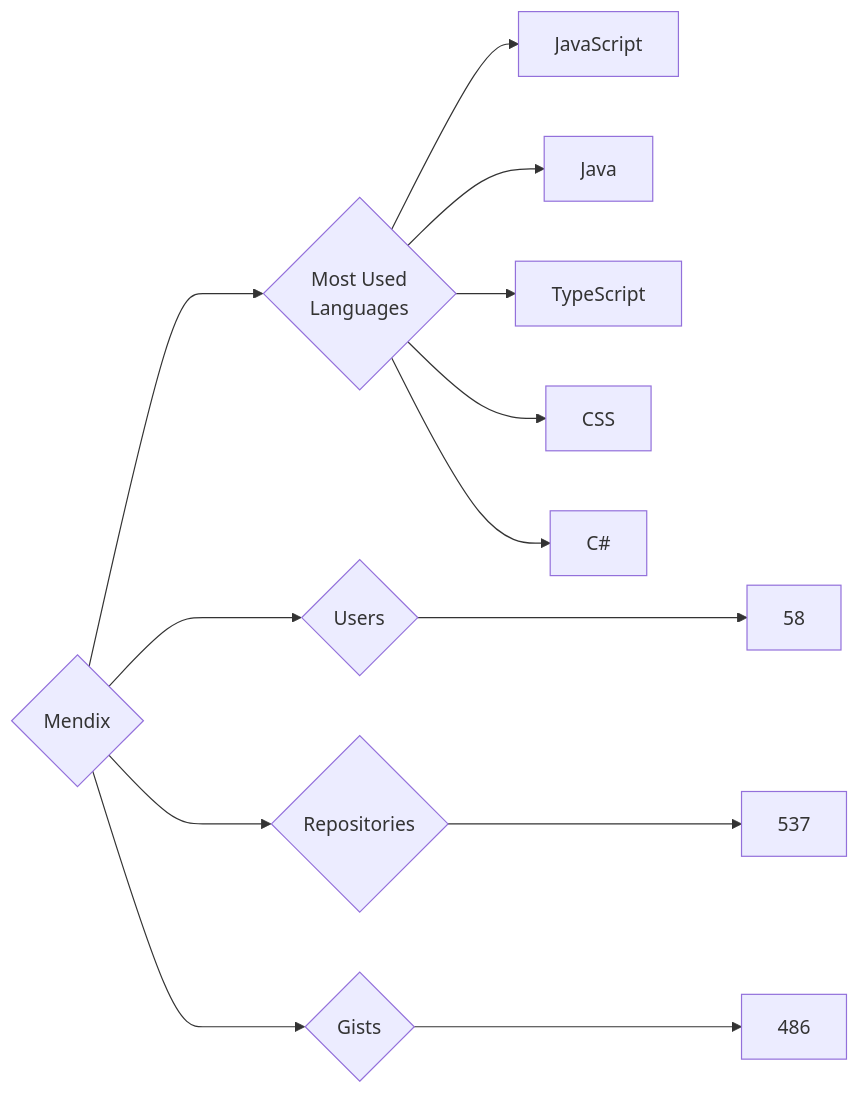
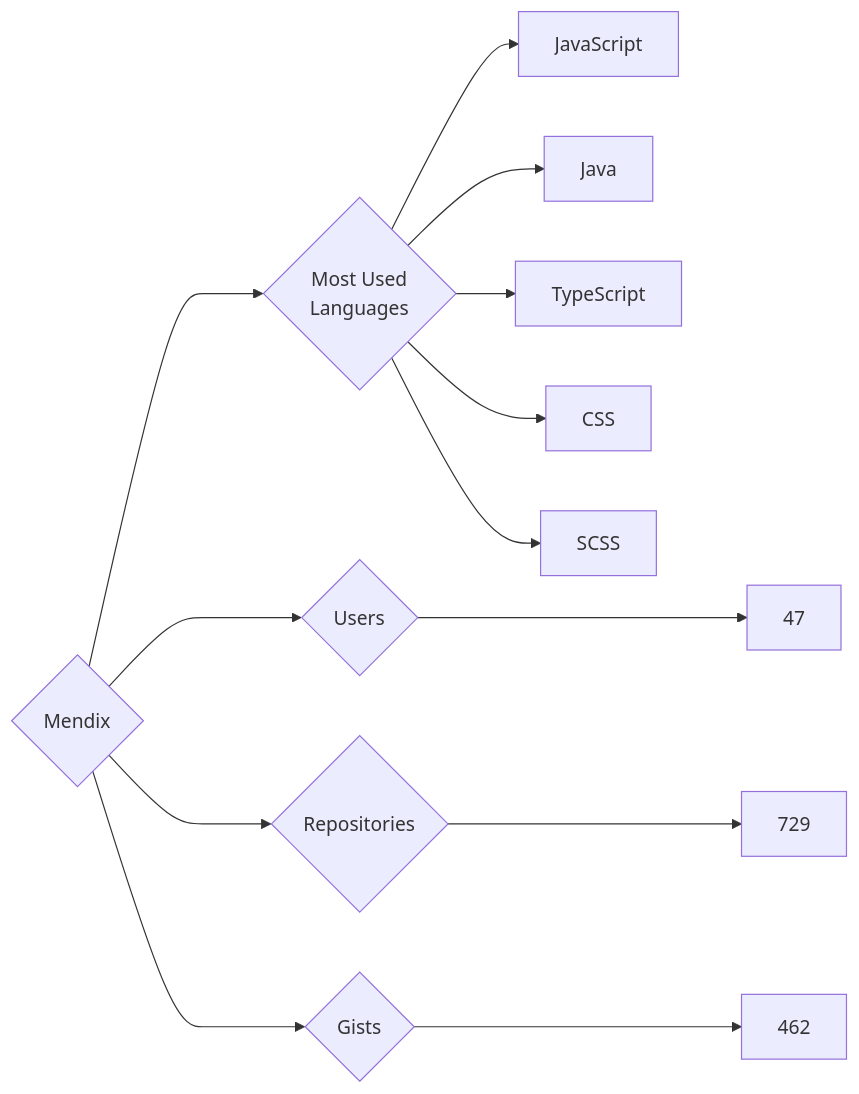
The diagram in targets/Mendix/README.md (trickest/insiders), drawn with Mermaid before and after one commit. The commit also changed 964 other files, not shown here.

````diff
--- a/targets/Mendix/README.md
+++ b/targets/Mendix/README.md
@@ -3,13 +3,13 @@
 ```mermaid
 graph LR
 COMPANY_NAME{Mendix}
-COMPANY_NAME ---> U{Users} ---> UN[58]
-COMPANY_NAME ---> R{Repositories} ---> RN[537]
-COMPANY_NAME ---> G{Gists} ---> GN[486]
+COMPANY_NAME ---> U{Users} ---> UN[47]
+COMPANY_NAME ---> R{Repositories} ---> RN[729]
+COMPANY_NAME ---> G{Gists} ---> GN[462]
 COMPANY_NAME ---> ML{Most Used<br>Languages}
 ML --> JavaScript[JavaScript]
 ML --> Java[Java]
 ML --> TypeScript[TypeScript]
 ML --> CSS[CSS]
-ML --> C#[C#]
+ML --> SCSS[SCSS]
 ```
````
